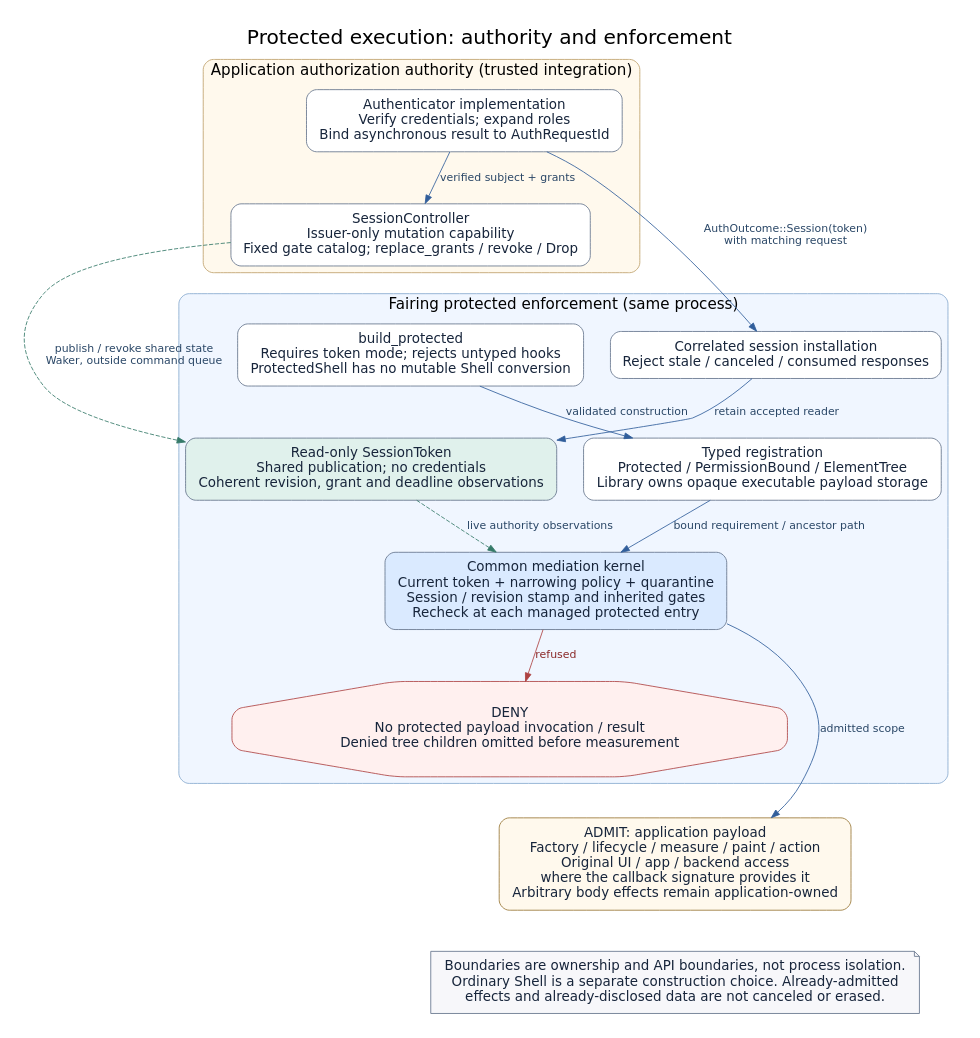
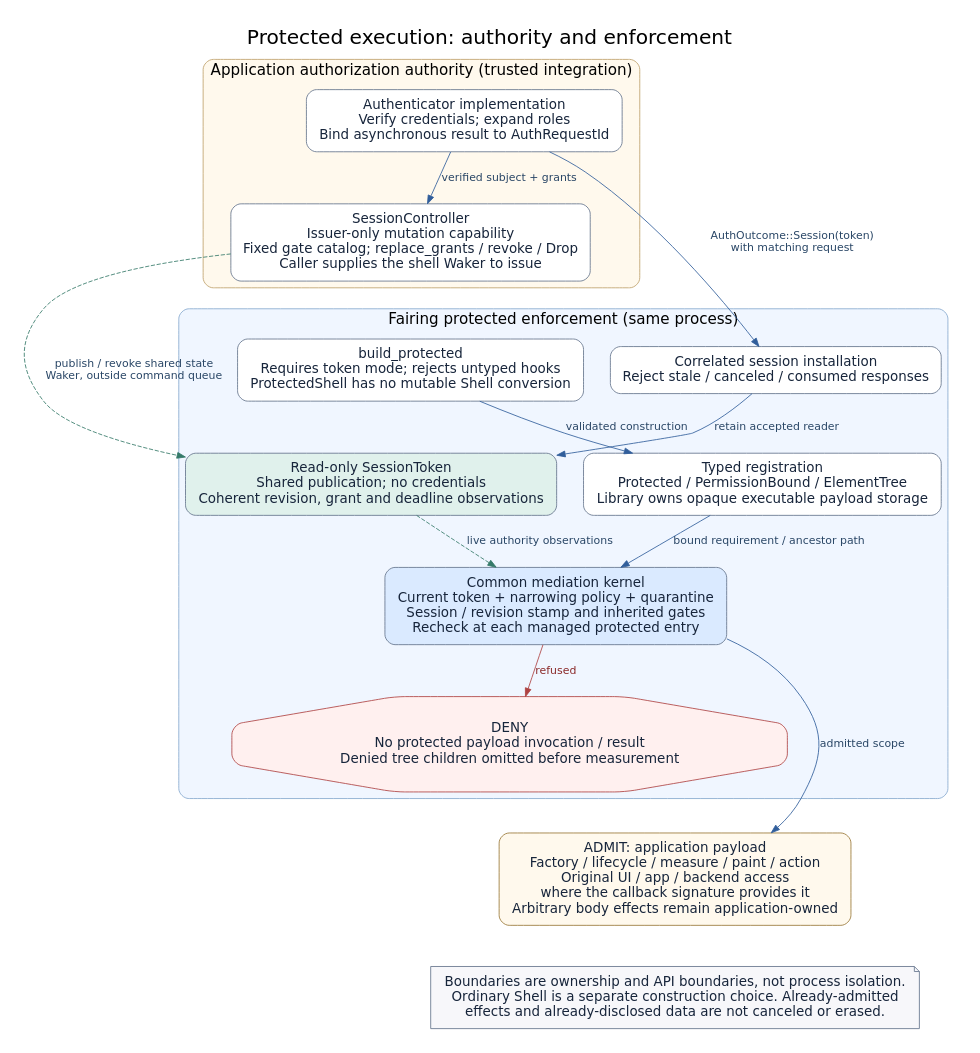
One commit to shim9610/fairing changed the diagram in docs/diagrams/security-architecture.dot. Above: the diagram before and after it, drawn with Graphviz. The commit also changed 14 other files, not shown here.

```diff
--- a/docs/diagrams/security-architecture.dot
+++ b/docs/diagrams/security-architecture.dot
@@ -1,34 +1,34 @@
 digraph security_architecture {
   graph [rankdir=TB, bgcolor="white", pad=0.3, nodesep=0.45, ranksep=0.65,
     fontname="DejaVu Sans", fontsize=24, label="Protected execution: authority and enforcement", labelloc=t, compound=true];
   node [shape=box, style="rounded,filled", fillcolor="#ffffff", color="#64748b", fontcolor="#17253b", fontname="DejaVu Sans", fontsize=16, margin="0.18,0.14"];
   edge [color="#315e9b", fontcolor="#294666", fontname="DejaVu Sans", fontsize=13];
   subgraph cluster_issuer {
     label="Application authorization authority (trusted integration)"; fontsize=18; color="#bfa16b"; style="rounded,filled"; fillcolor="#fff9ed";
     verifier [label="Authenticator implementation\nVerify credentials; expand roles\nBind asynchronous result to AuthRequestId"];
-    controller [label="SessionController\nIssuer-only mutation capability\nFixed gate catalog; replace_grants / revoke / Drop"];
+    controller [label="SessionController\nIssuer-only mutation capability\nFixed gate catalog; replace_grants / revoke / Drop\nCaller supplies the shell Waker to issue"];
     verifier -> controller [label="verified subject + grants"];
   }
   subgraph cluster_library {
     label="Fairing protected enforcement (same process)"; fontsize=18; color="#87a9ce"; style="rounded,filled"; fillcolor="#f0f6ff";
     bootstrap [label="build_protected\nRequires token mode; rejects untyped hooks\nProtectedShell has no mutable Shell conversion"];
     registration [label="Typed registration\nProtected / PermissionBound / ElementTree\nLibrary owns opaque executable payload storage"];
     token [label="Read-only SessionToken\nShared publication; no credentials\nCoherent revision, grant and deadline observations", fillcolor="#e0f1ec"];
     acceptance [label="Correlated session installation\nReject stale / canceled / consumed responses"];
     monitor [label="Common mediation kernel\nCurrent token + narrowing policy + quarantine\nSession / revision stamp and inherited gates\nRecheck at each managed protected entry", fillcolor="#daeaff"];
     denied [shape=octagon, label="DENY\nNo protected payload invocation / result\nDenied tree children omitted before measurement", color="#ae4242", fillcolor="#fff0ef"];
     bootstrap -> registration [label="validated construction"];
     acceptance -> token [label="retain accepted reader"];
     registration -> monitor [label="bound requirement / ancestor path"];
     token -> monitor [style=dashed, color="#357a69", label="live authority observations"];
     monitor -> denied [color="#ae4242", fontcolor="#8a2929", label="refused"];
   }
   callback [label="ADMIT: application payload\nFactory / lifecycle / measure / paint / action\nOriginal UI / app / backend access\nwhere the callback signature provides it\nArbitrary body effects remain application-owned", color="#997737", fillcolor="#fff9ed"];
   controller -> bootstrap [style=invis];
   denied -> callback [style=invis];
   verifier -> acceptance [label="AuthOutcome::Session(token)\nwith matching request"];
   controller -> token [style=dashed, color="#357a69", label="publish / revoke shared state\nWaker, outside command queue"];
   monitor -> callback [label="admitted scope"];
   note [shape=note, label="Boundaries are ownership and API boundaries, not process isolation.\nOrdinary Shell is a separate construction choice. Already-admitted\neffects and already-disclosed data are not canceled or erased.", fillcolor="#f7f7fa"];
   callback -> note [style=invis];
 }
```
